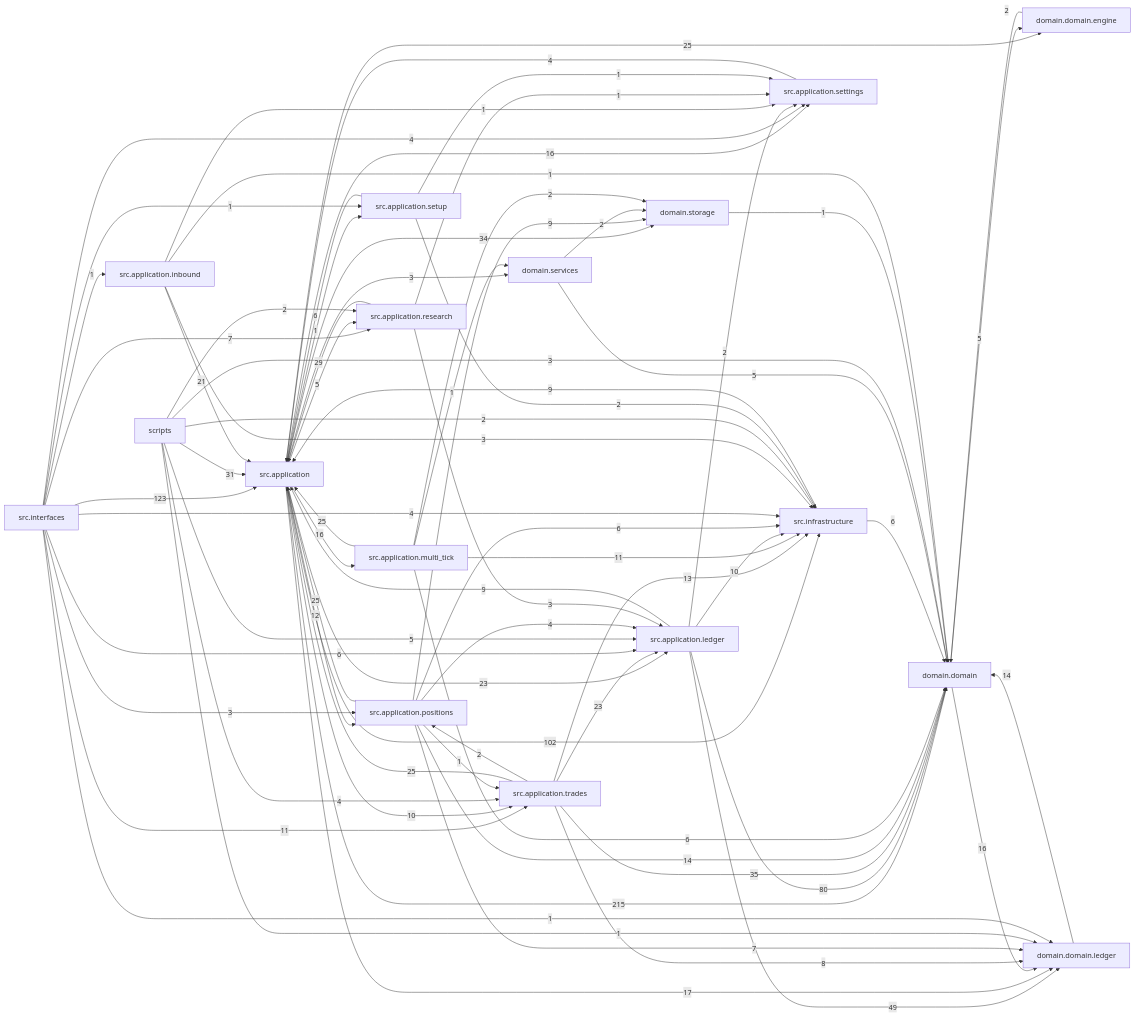
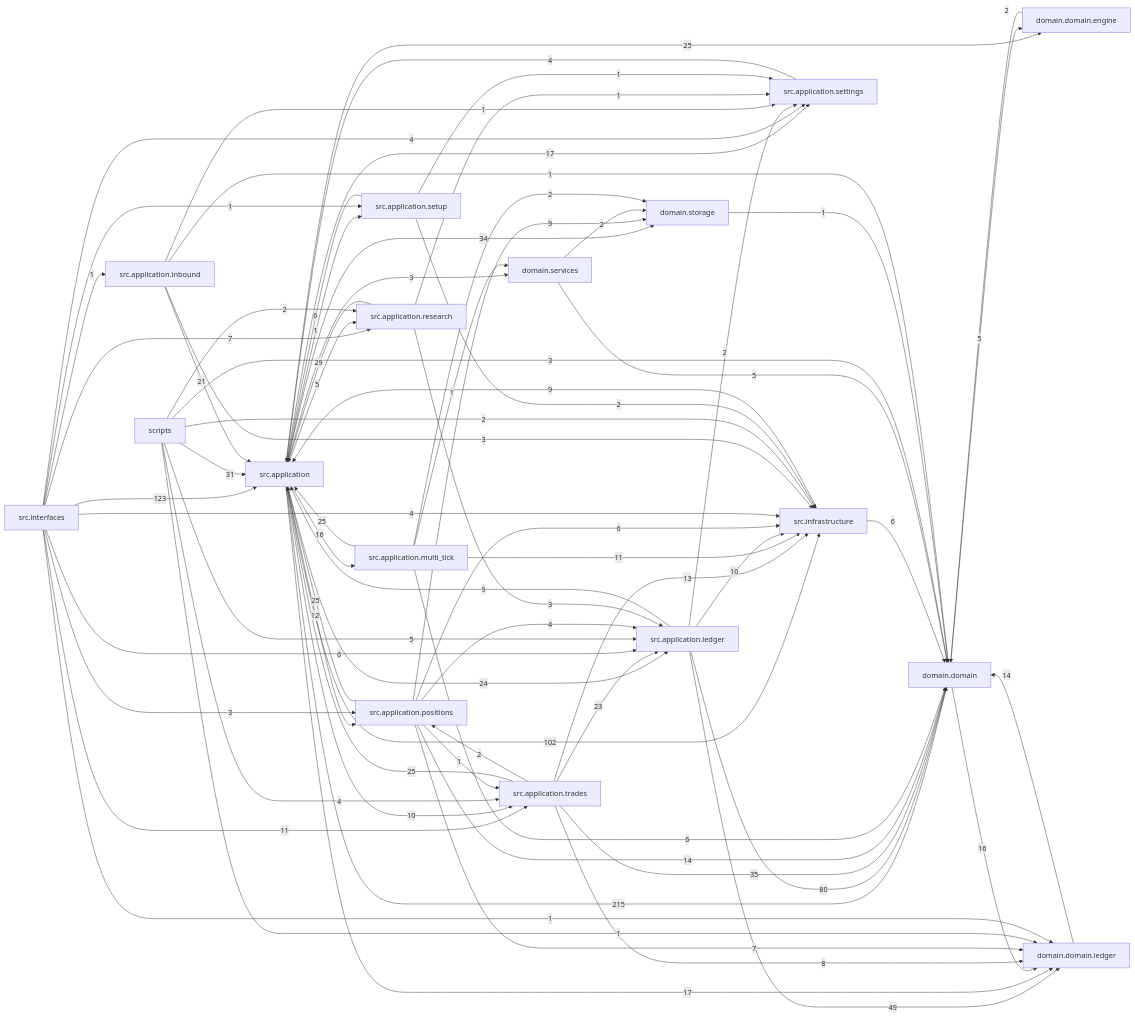
One commit to liuxie066/options-monitor changed the diagram in docs/dependency_graph.mmd. Above: the diagram before and after it, drawn with Mermaid. The commit also changed 23 other files, not shown here.

```diff
--- a/docs/dependency_graph.mmd
+++ b/docs/dependency_graph.mmd
@@ -1,74 +1,74 @@
 flowchart LR
   src_application["src.application"] -->|215| domain_domain["domain.domain"]
   src_interfaces["src.interfaces"] -->|123| src_application["src.application"]
   src_application["src.application"] -->|102| src_infrastructure["src.infrastructure"]
   src_application_ledger["src.application.ledger"] -->|80| domain_domain["domain.domain"]
   src_application_ledger["src.application.ledger"] -->|49| domain_domain_ledger["domain.domain.ledger"]
   src_application_trades["src.application.trades"] -->|35| domain_domain["domain.domain"]
   src_application["src.application"] -->|34| domain_storage["domain.storage"]
   scripts["scripts"] -->|31| src_application["src.application"]
   src_application_research["src.application.research"] -->|29| src_application["src.application"]
   src_application["src.application"] -->|25| domain_domain_engine["domain.domain.engine"]
   src_application_multi_tick["src.application.multi_tick"] -->|25| src_application["src.application"]
   src_application_positions["src.application.positions"] -->|25| src_application["src.application"]
   src_application_trades["src.application.trades"] -->|25| src_application["src.application"]
-  src_application["src.application"] -->|23| src_application_ledger["src.application.ledger"]
+  src_application["src.application"] -->|24| src_application_ledger["src.application.ledger"]
   src_application_trades["src.application.trades"] -->|23| src_application_ledger["src.application.ledger"]
   src_application_inbound["src.application.inbound"] -->|21| src_application["src.application"]
   src_application["src.application"] -->|17| domain_domain_ledger["domain.domain.ledger"]
+  src_application["src.application"] -->|17| src_application_settings["src.application.settings"]
   domain_domain["domain.domain"] -->|16| domain_domain_ledger["domain.domain.ledger"]
   src_application["src.application"] -->|16| src_application_multi_tick["src.application.multi_tick"]
-  src_application["src.application"] -->|16| src_application_settings["src.application.settings"]
   domain_domain_ledger["domain.domain.ledger"] -->|14| domain_domain["domain.domain"]
   src_application_positions["src.application.positions"] -->|14| domain_domain["domain.domain"]
   src_application_trades["src.application.trades"] -->|13| src_infrastructure["src.infrastructure"]
   src_application["src.application"] -->|12| src_application_positions["src.application.positions"]
   src_application_multi_tick["src.application.multi_tick"] -->|11| src_infrastructure["src.infrastructure"]
   src_interfaces["src.interfaces"] -->|11| src_application_trades["src.application.trades"]
   src_application["src.application"] -->|10| src_application_trades["src.application.trades"]
   src_application_ledger["src.application.ledger"] -->|10| src_infrastructure["src.infrastructure"]
   src_application_ledger["src.application.ledger"] -->|9| src_application["src.application"]
   src_application_positions["src.application.positions"] -->|9| domain_storage["domain.storage"]
   src_infrastructure["src.infrastructure"] -->|9| src_application["src.application"]
   src_application_trades["src.application.trades"] -->|8| domain_domain_ledger["domain.domain.ledger"]
   src_application_positions["src.application.positions"] -->|7| domain_domain_ledger["domain.domain.ledger"]
   src_interfaces["src.interfaces"] -->|7| src_application_research["src.application.research"]
   src_application_multi_tick["src.application.multi_tick"] -->|6| domain_domain["domain.domain"]
   src_application_positions["src.application.positions"] -->|6| src_infrastructure["src.infrastructure"]
   src_application_setup["src.application.setup"] -->|6| src_application["src.application"]
   src_infrastructure["src.infrastructure"] -->|6| domain_domain["domain.domain"]
   src_interfaces["src.interfaces"] -->|6| src_application_ledger["src.application.ledger"]
   domain_domain["domain.domain"] -->|5| domain_domain_engine["domain.domain.engine"]
   domain_services["domain.services"] -->|5| domain_domain["domain.domain"]
   scripts["scripts"] -->|5| src_application_ledger["src.application.ledger"]
   src_application["src.application"] -->|5| src_application_research["src.application.research"]
   scripts["scripts"] -->|4| src_application_trades["src.application.trades"]
   src_application_positions["src.application.positions"] -->|4| src_application_ledger["src.application.ledger"]
   src_application_settings["src.application.settings"] -->|4| src_application["src.application"]
   src_interfaces["src.interfaces"] -->|4| src_application_settings["src.application.settings"]
   src_interfaces["src.interfaces"] -->|4| src_infrastructure["src.infrastructure"]
   scripts["scripts"] -->|3| domain_domain["domain.domain"]
   src_application["src.application"] -->|3| domain_services["domain.services"]
   src_application_inbound["src.application.inbound"] -->|3| src_infrastructure["src.infrastructure"]
   src_application_research["src.application.research"] -->|3| src_application_ledger["src.application.ledger"]
   src_interfaces["src.interfaces"] -->|3| src_application_positions["src.application.positions"]
   domain_domain_engine["domain.domain.engine"] -->|2| domain_domain["domain.domain"]
   domain_services["domain.services"] -->|2| domain_storage["domain.storage"]
   scripts["scripts"] -->|2| src_application_research["src.application.research"]
   scripts["scripts"] -->|2| src_infrastructure["src.infrastructure"]
   src_application_ledger["src.application.ledger"] -->|2| src_application_settings["src.application.settings"]
   src_application_multi_tick["src.application.multi_tick"] -->|2| domain_storage["domain.storage"]
   src_application_setup["src.application.setup"] -->|2| src_infrastructure["src.infrastructure"]
   src_application_trades["src.application.trades"] -->|2| src_application_positions["src.application.positions"]
   domain_storage["domain.storage"] -->|1| domain_domain["domain.domain"]
   scripts["scripts"] -->|1| domain_domain_ledger["domain.domain.ledger"]
   src_application["src.application"] -->|1| src_application_setup["src.application.setup"]
   src_application_inbound["src.application.inbound"] -->|1| domain_domain["domain.domain"]
   src_application_inbound["src.application.inbound"] -->|1| src_application_settings["src.application.settings"]
   src_application_multi_tick["src.application.multi_tick"] -->|1| domain_services["domain.services"]
   src_application_positions["src.application.positions"] -->|1| src_application_trades["src.application.trades"]
   src_application_research["src.application.research"] -->|1| src_application_settings["src.application.settings"]
   src_application_setup["src.application.setup"] -->|1| src_application_settings["src.application.settings"]
   src_interfaces["src.interfaces"] -->|1| domain_domain_ledger["domain.domain.ledger"]
   src_interfaces["src.interfaces"] -->|1| src_application_inbound["src.application.inbound"]
   src_interfaces["src.interfaces"] -->|1| src_application_setup["src.application.setup"]
```
